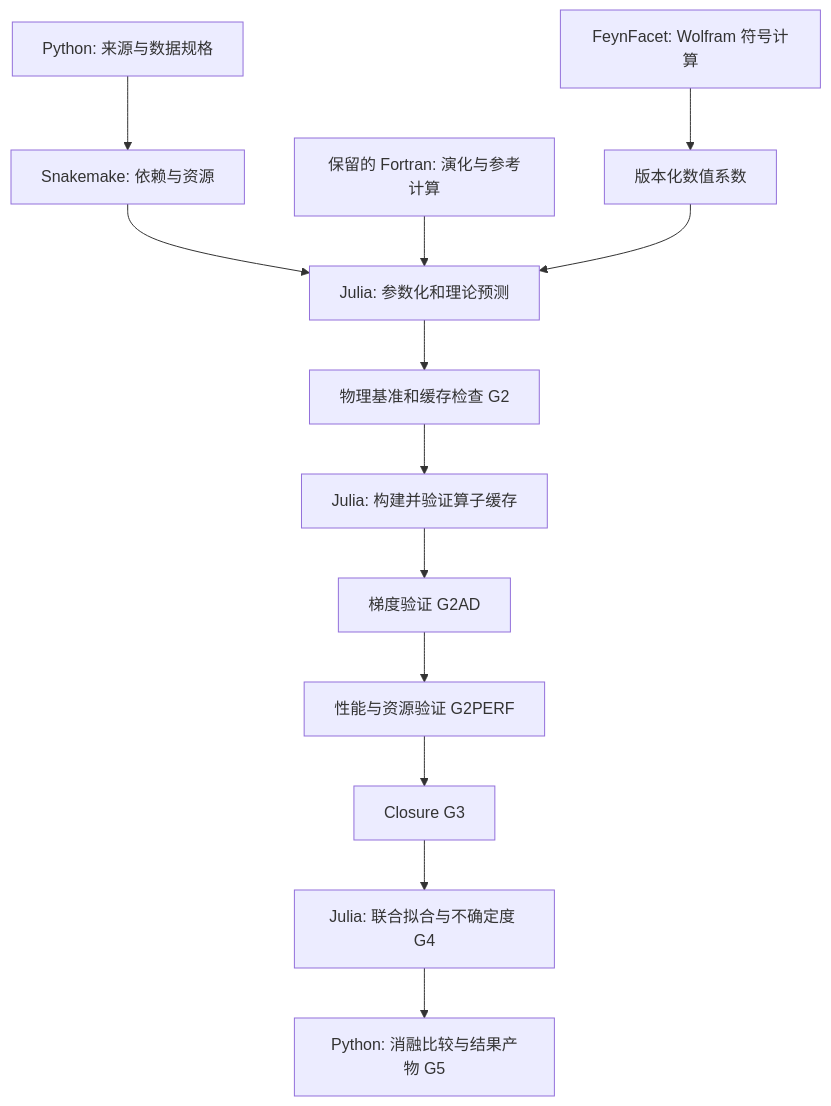
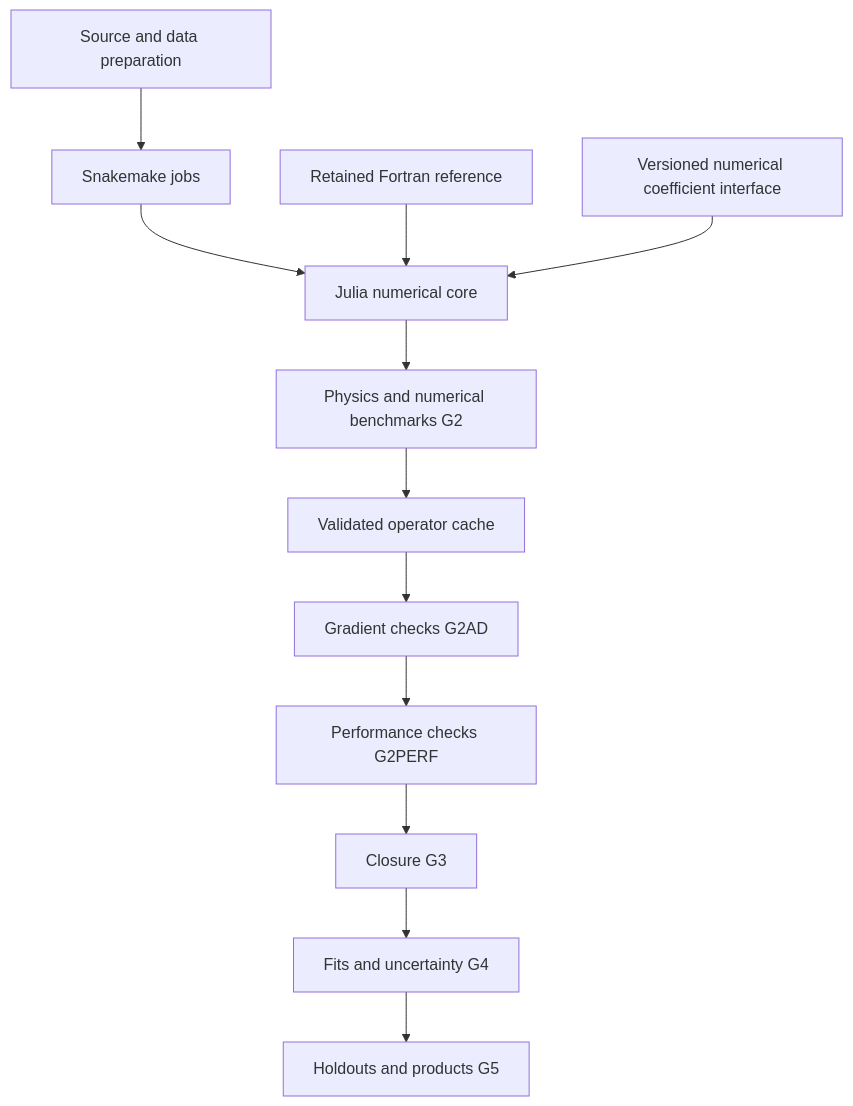
Before and after one commit to Renoir-J/transversity-collins-fit: the diagram in docs/numerical-workflow.md, drawn with Mermaid. The commit also changed other lines of this file and 11 other files, not shown here.

````diff
--- a/docs/numerical-workflow.md
+++ b/docs/numerical-workflow.md
@@ -11,15 +9,14 @@
 ```mermaid
 flowchart TD
-    A[Python: 来源与数据规格] --> B[Snakemake: 依赖与资源]
-    B --> C[Julia: 参数化和理论预测]
-    F[保留的 Fortran: 演化与参考计算] --> C
-    W[FeynFacet: Wolfram 符号计算] --> X[版本化数值系数]
-    X --> C
-    C --> D[物理基准和缓存检查 G2]
-    D --> K[Julia: 构建并验证算子缓存]
-    K --> G[梯度验证 G2AD]
-    G --> P[性能与资源验证 G2PERF]
+    A[Source and data preparation] --> B[Snakemake jobs]
+    B --> C[Julia numerical core]
+    F[Retained Fortran reference] --> C
+    S[Versioned numerical coefficient interface] --> C
+    C --> D[Physics and numerical benchmarks G2]
+    D --> K[Validated operator cache]
+    K --> G[Gradient checks G2AD]
+    G --> P[Performance checks G2PERF]
     P --> H[Closure G3]
-    H --> I[Julia: 联合拟合与不确定度 G4]
-    I --> J[Python: 消融比较与结果产物 G5]
+    H --> I[Fits and uncertainty G4]
+    I --> J[Holdouts and products G5]
 ```
````
